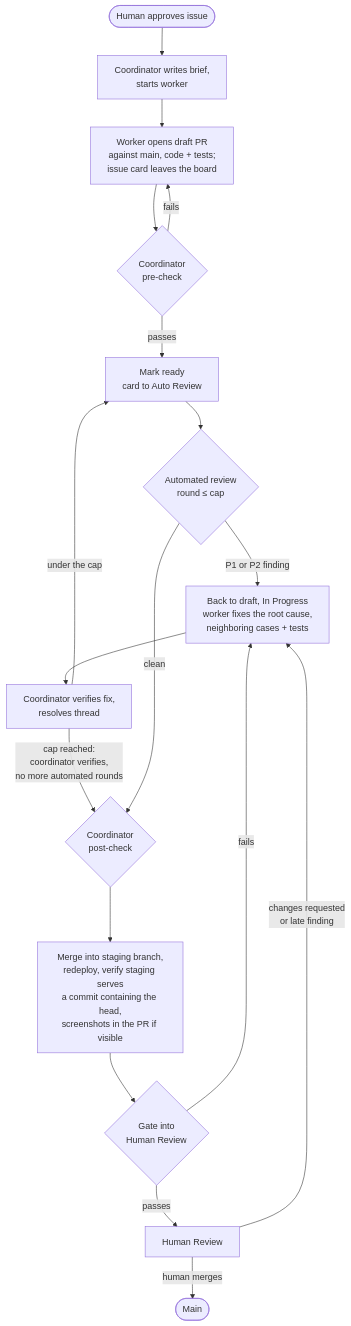
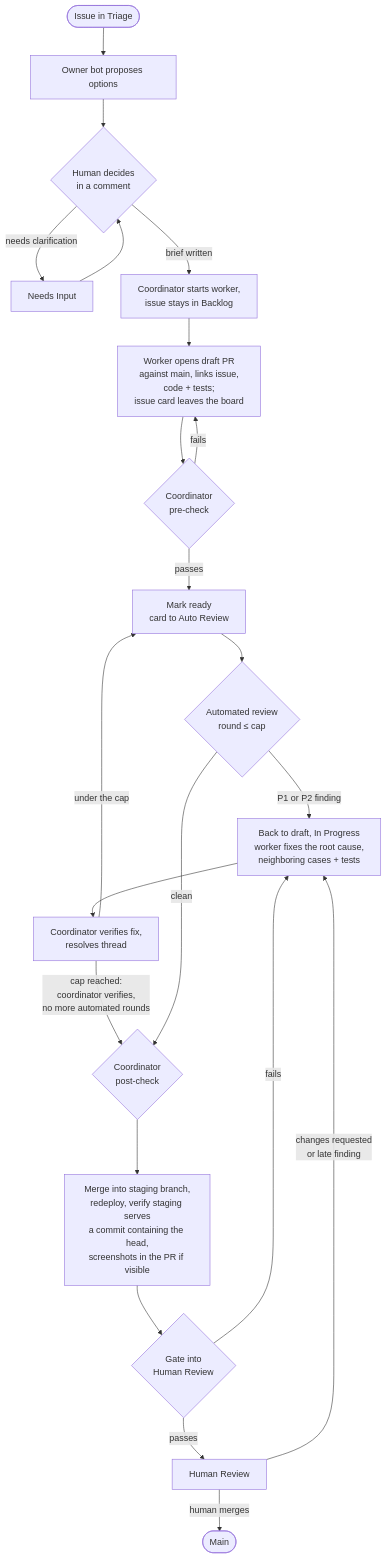
One commit to tangentcode/methodology changed the diagram in diagrams-src/loop.mmd. Above: the diagram before and after it, drawn with Mermaid. The commit also changed 12 other files, not shown here.

First line of the commit message:
Workflow: Triage starts with options, a human decision, then a brief or Needs Input (#27)

```diff
--- a/diagrams-src/loop.mmd
+++ b/diagrams-src/loop.mmd
@@ -1,18 +1,22 @@
 flowchart TD
-    A([Human approves issue]) --> B[Coordinator writes brief,<br/>starts worker]
-    B --> C[Worker opens draft PR<br/>against main, code + tests;<br/>issue card leaves the board]
-    C --> D{Coordinator<br/>pre-check}
-    D -->|fails| C
-    D -->|passes| E[Mark ready<br/>card to Auto Review]
-    E --> F{Automated review<br/>round ≤ cap}
-    F -->|P1 or P2 finding| G[Back to draft, In Progress<br/>worker fixes the root cause,<br/>neighboring cases + tests]
-    G --> H[Coordinator verifies fix,<br/>resolves thread]
-    H -->|under the cap| E
-    H -->|cap reached:<br/>coordinator verifies,<br/>no more automated rounds| I
-    F -->|clean| I{Coordinator<br/>post-check}
-    I --> J[Merge into staging branch,<br/>redeploy, verify staging serves<br/>a commit containing the head,<br/>screenshots in the PR if visible]
-    J --> K{Gate into<br/>Human Review}
-    K -->|passes| L[Human Review]
-    K -->|fails| G
-    L -->|changes requested<br/>or late finding| G
-    L -->|human merges| M([Main])
+    A([Issue in Triage]) --> B[Owner bot proposes options]
+    B --> C{Human decides<br/>in a comment}
+    C -->|needs clarification| NI[Needs Input]
+    NI --> C
+    C -->|brief written| D[Coordinator starts worker,<br/>issue stays in Backlog]
+    D --> E[Worker opens draft PR<br/>against main, links issue,<br/>code + tests;<br/>issue card leaves the board]
+    E --> F{Coordinator<br/>pre-check}
+    F -->|fails| E
+    F -->|passes| G[Mark ready<br/>card to Auto Review]
+    G --> H{Automated review<br/>round ≤ cap}
+    H -->|P1 or P2 finding| I[Back to draft, In Progress<br/>worker fixes the root cause,<br/>neighboring cases + tests]
+    I --> J[Coordinator verifies fix,<br/>resolves thread]
+    J -->|under the cap| G
+    J -->|cap reached:<br/>coordinator verifies,<br/>no more automated rounds| K
+    H -->|clean| K{Coordinator<br/>post-check}
+    K --> L[Merge into staging branch,<br/>redeploy, verify staging serves<br/>a commit containing the head,<br/>screenshots in the PR if visible]
+    L --> M{Gate into<br/>Human Review}
+    M -->|passes| N[Human Review]
+    M -->|fails| I
+    N -->|changes requested<br/>or late finding| I
+    N -->|human merges| O([Main])
```
